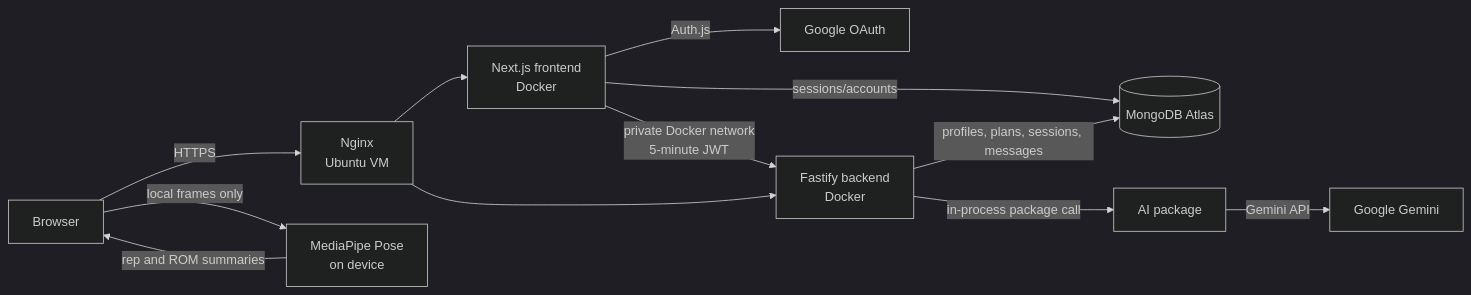
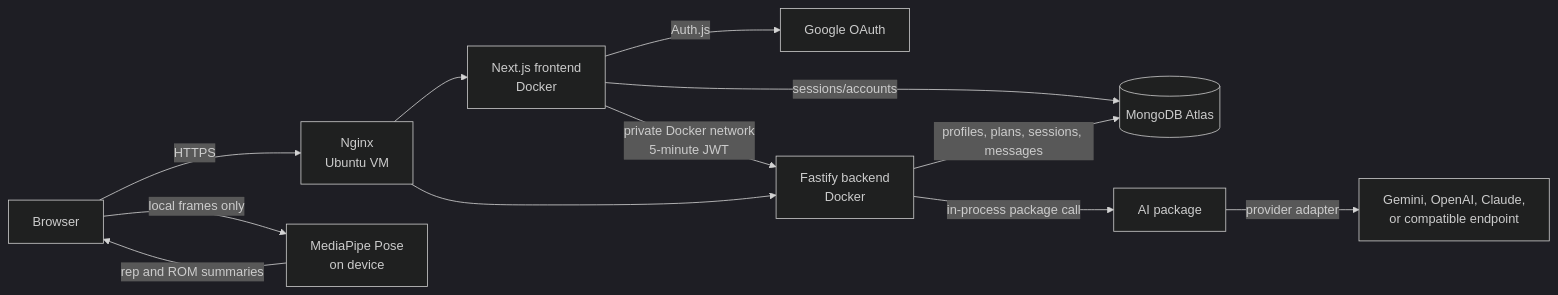
The diagram in docs/architecture.md (bharatgl/fitai-coach-web), drawn with Mermaid (dark theme) before and after one commit. The commit also changed other lines of this file and 78 other files, not shown here.

Commit message:
feat: revamp coaching architecture and mobile experience

````diff
--- a/docs/architecture.md
+++ b/docs/architecture.md
@@ -5,14 +8,14 @@
 ```mermaid
 flowchart LR
   U[Browser] -->|HTTPS| N[Nginx<br/>Ubuntu VM]
   U -->|local frames only| P[MediaPipe Pose<br/>on device]
   P -->|rep and ROM summaries| U
   N --> F[Next.js frontend<br/>Docker]
   N --> B[Fastify backend<br/>Docker]
   F -->|Auth.js| G[Google OAuth]
   F -->|sessions/accounts| M[(MongoDB Atlas)]
   F -->|private Docker network<br/>5-minute JWT| B
   B -->|profiles, plans, sessions, messages| M
   B -->|in-process package call| A[AI package]
-  A -->|Gemini API| O[Google Gemini]
+  A -->|provider adapter| O[Gemini, OpenAI, Claude,<br/>or compatible endpoint]
 ```
````
